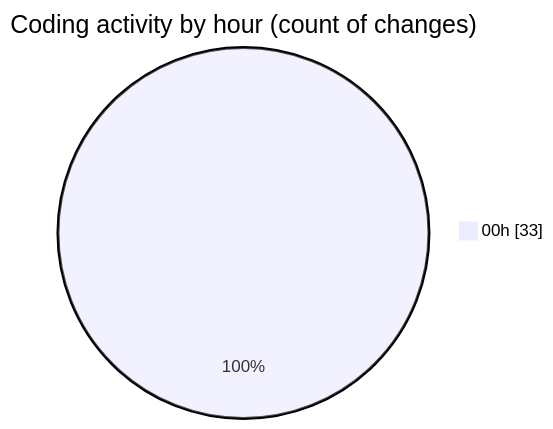
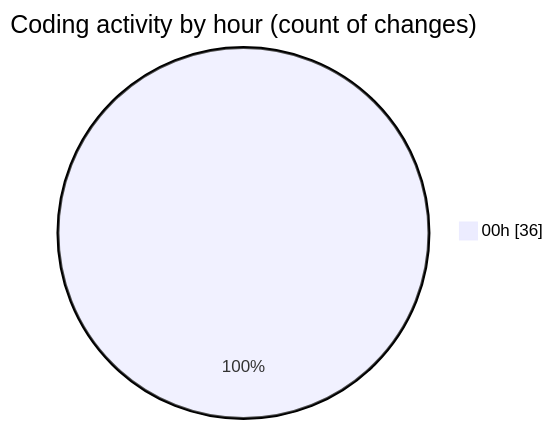
The second of 2 diagrams in 2025-05-04/houserentalservice/README.md (Ritupan-Deka/code-tracking), drawn with Mermaid before and after one commit. The commit also changed other lines of this file and 1 other file, not shown here.

````diff
--- a/2025-05-04/houserentalservice/README.md
+++ b/2025-05-04/houserentalservice/README.md
@@ -48,5 +49,5 @@
 ```mermaid
 pie showData
 title Coding activity by hour (count of changes)
-"00h" : 33
+"00h" : 36
 ```
````
